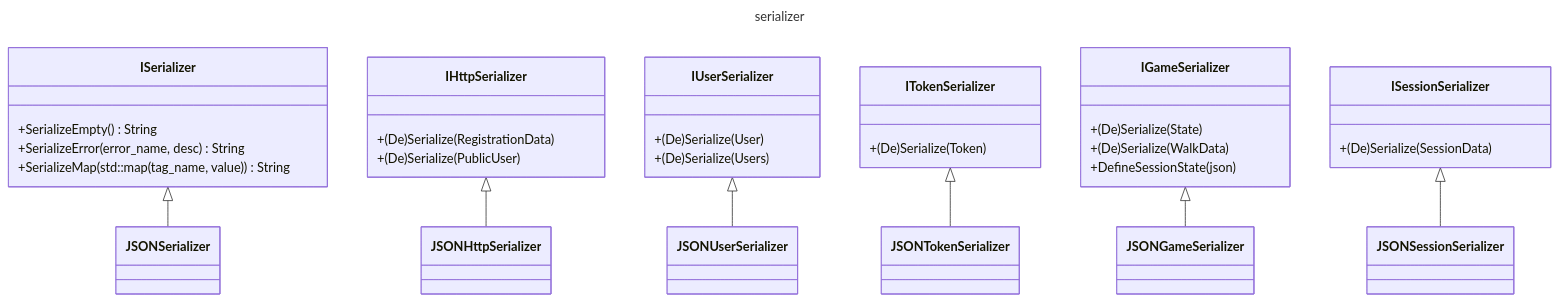
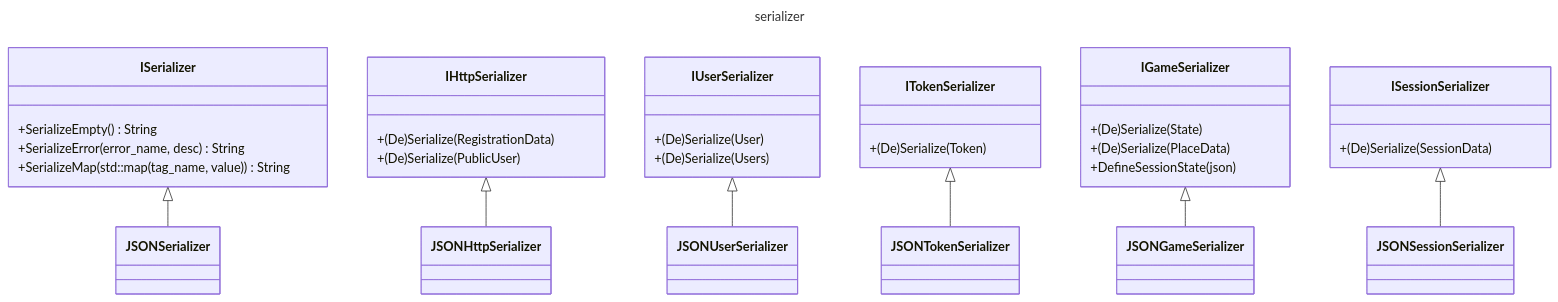
The diagram in docs/serializer.md (LeeDoor/game_webserver), drawn with Mermaid before and after one commit. The commit also changed 21 other files, not shown here.

````diff
--- a/docs/serializer.md
+++ b/docs/serializer.md
@@ -6,65 +6,65 @@
 ```mermaid
 ---
 title: serializer
 ---
 classDiagram
     class ISerializer {
         +SerializeEmpty() String
         +SerializeError(error_name, desc) String
         +SerializeMap(std::map(tag_name, value)) String
     }
     
     class JSONSerializer {
     }
 
     ISerializer <|-- JSONSerializer
 
     class IHttpSerializer {
         +(De)Serialize(RegistrationData) 
         +(De)Serialize(PublicUser) 
     }
     
     class JSONHttpSerializer {
     }
 
     IHttpSerializer <|-- JSONHttpSerializer
 
     class IUserSerializer {
         +(De)Serialize(User) 
         +(De)Serialize(Users) 
     }
     
     class JSONUserSerializer {
     }
 
     IUserSerializer <|-- JSONUserSerializer
 
     class ITokenSerializer {
         +(De)Serialize(Token) 
     }
     
     class JSONTokenSerializer {
     }
 
     ITokenSerializer <|-- JSONTokenSerializer
 
     class IGameSerializer {
         +(De)Serialize(State) 
-        +(De)Serialize(WalkData) 
+        +(De)Serialize(PlaceData) 
         +DefineSessionState(json)
     }
     
     class JSONGameSerializer {
     }
 
     IGameSerializer <|-- JSONGameSerializer
 
     class ISessionSerializer {
         +(De)Serialize(SessionData) 
     }
     
     class JSONSessionSerializer {
     }
 
     ISessionSerializer <|-- JSONSessionSerializer
 ```
````
